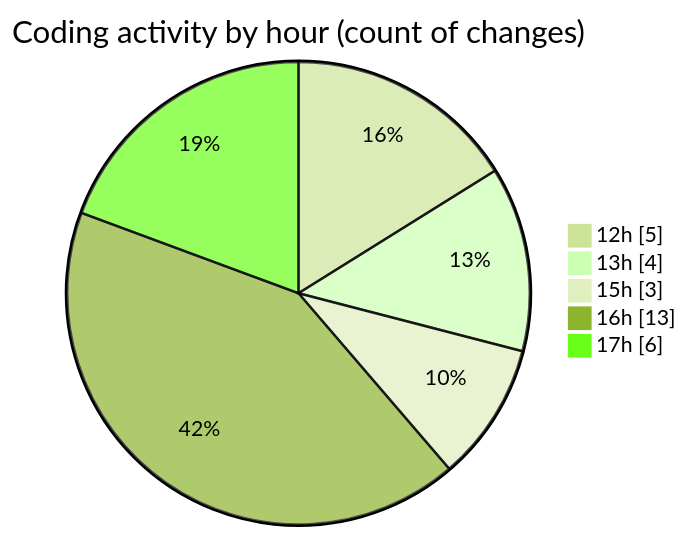
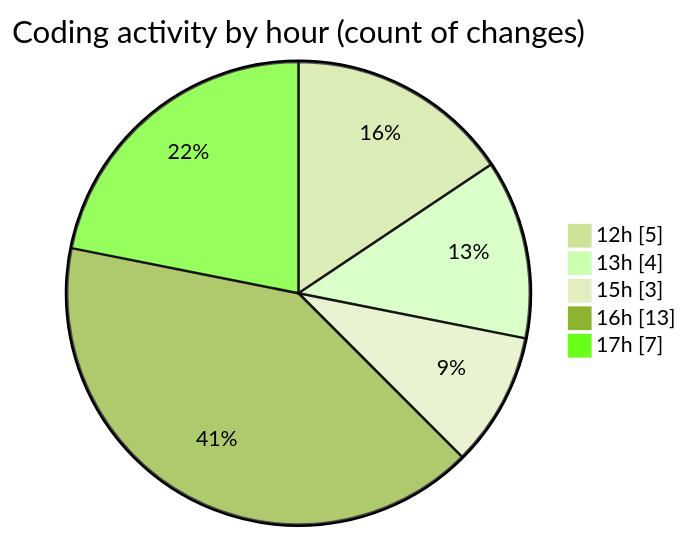
One commit to nxtqubesakshisongat/code-tracking changed the second of 2 diagrams in 2025-05-09/argos-dev/README.md. Above: the diagram before and after it, drawn with Mermaid (forest theme). The commit also changed other lines of this file and 1 other file, not shown here.

````diff
--- a/2025-05-09/argos-dev/README.md
+++ b/2025-05-09/argos-dev/README.md
@@ -32,9 +33,9 @@
 ```mermaid
 pie showData
 title Coding activity by hour (count of changes)
 "12h" : 5
 "13h" : 4
 "15h" : 3
 "16h" : 13
-"17h" : 6
+"17h" : 7
 ```
````
